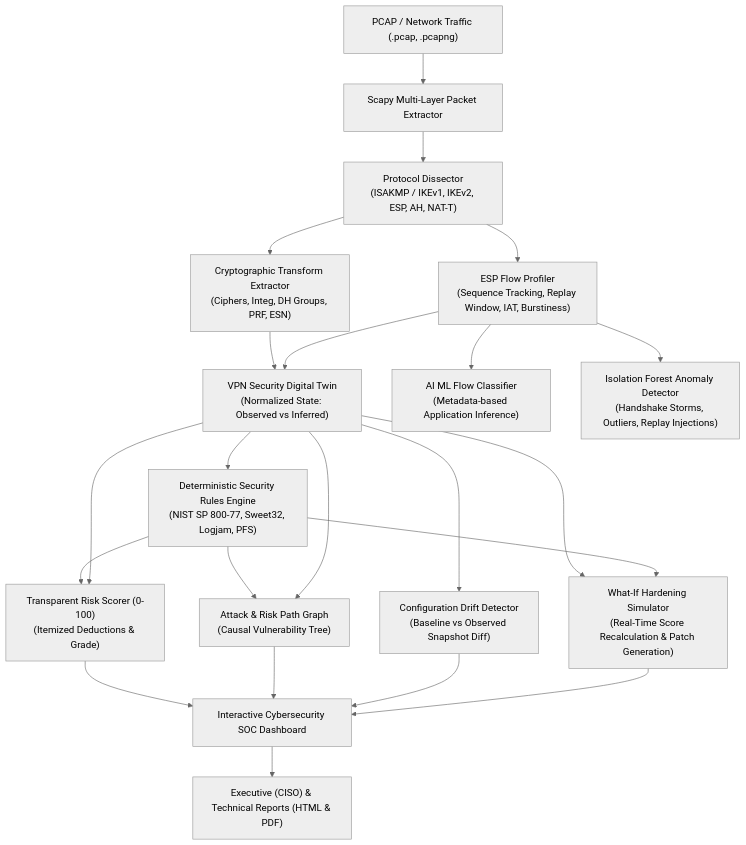
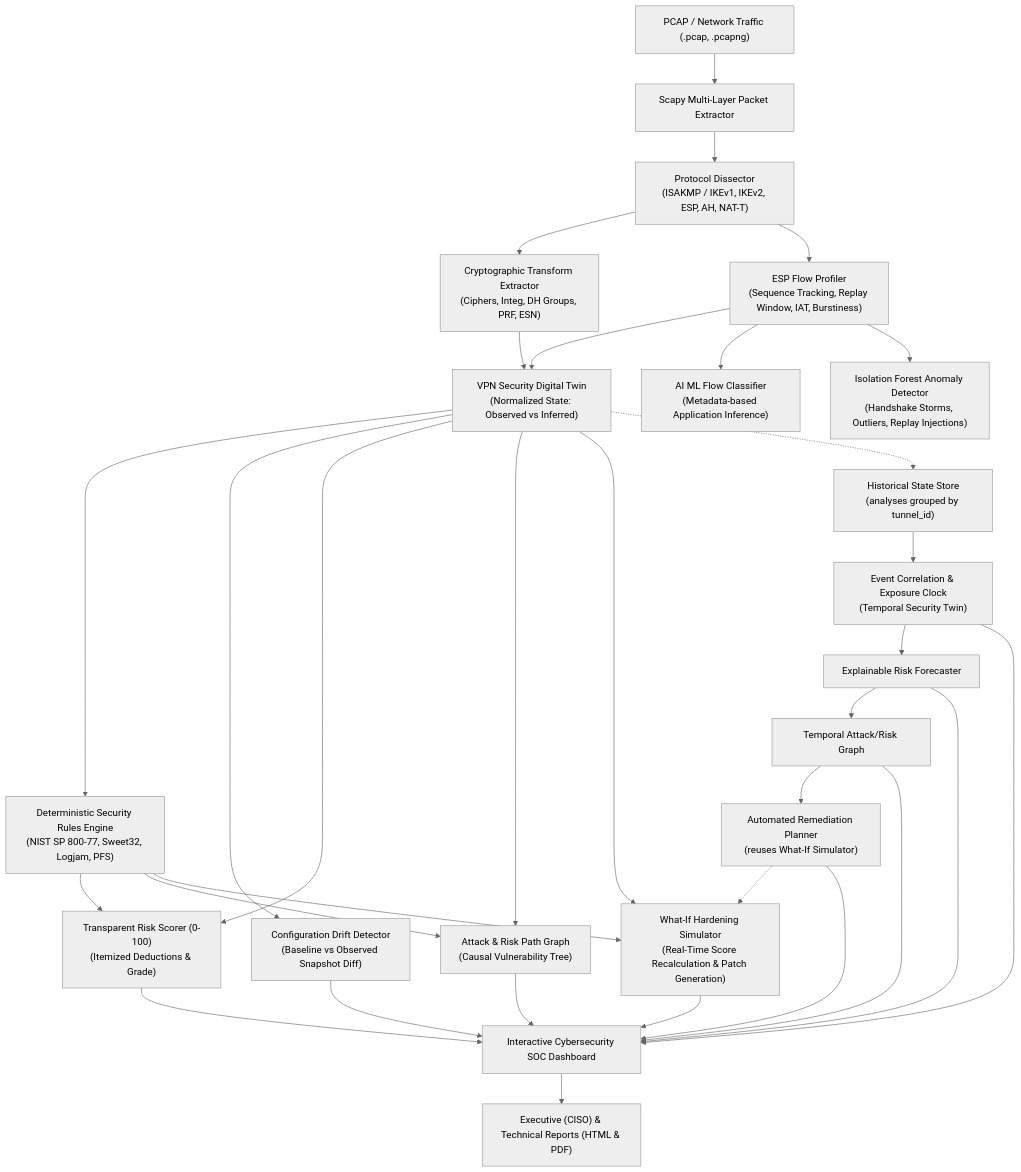
Before and after one commit to R-Nikhil-Ganesh/ipsec: the diagram in README.md, drawn with Mermaid (neutral theme). The commit also changed other lines of this file and 22 other files, not shown here.

First line of the commit message:
feat: add ExposureClock, IncidentReplay, RemediationPlanner, RiskForecastView, and SecurityTimeline components

````diff
--- a/README.md
+++ b/README.md
@@ -16,17 +16,24 @@
 ```mermaid
 flowchart TD
     A["PCAP / Network Traffic (.pcap, .pcapng)"] --> B["Scapy Multi-Layer Packet Extractor"]
     B --> C["Protocol Dissector<br/>(ISAKMP / IKEv1, IKEv2, ESP, AH, NAT-T)"]
     C --> D["Cryptographic Transform Extractor<br/>(Ciphers, Integ, DH Groups, PRF, ESN)"]
     C --> E["ESP Flow Profiler<br/>(Sequence Tracking, Replay Window, IAT, Burstiness)"]
     D & E --> F["VPN Security Digital Twin<br/>(Normalized State: Observed vs Inferred)"]
     F --> G["Deterministic Security Rules Engine<br/>(NIST SP 800-77, Sweet32, Logjam, PFS)"]
     E --> H["AI ML Flow Classifier<br/>(Metadata-based Application Inference)"]
     E --> I["Isolation Forest Anomaly Detector<br/>(Handshake Storms, Outliers, Replay Injections)"]
     F --> J["Configuration Drift Detector<br/>(Baseline vs Observed Snapshot Diff)"]
     G & F --> K["Transparent Risk Scorer (0-100)<br/>(Itemized Deductions & Grade)"]
     G & F --> L["Attack & Risk Path Graph<br/>(Causal Vulnerability Tree)"]
     F & G --> M["What-If Hardening Simulator<br/>(Real-Time Score Recalculation & Patch Generation)"]
     K & L & J & M --> N["Interactive Cybersecurity SOC Dashboard"]
     N --> O["Executive (CISO) & Technical Reports (HTML & PDF)"]
+    F -.-> P["Historical State Store<br/>(analyses grouped by tunnel_id)"]
+    P --> Q["Event Correlation & Exposure Clock<br/>(Temporal Security Twin)"]
+    Q --> R["Explainable Risk Forecaster"]
+    R --> S["Temporal Attack/Risk Graph"]
+    S --> T["Automated Remediation Planner<br/>(reuses What-If Simulator)"]
+    T -.-> M
+    Q & R & S & T --> N
 ```
````
